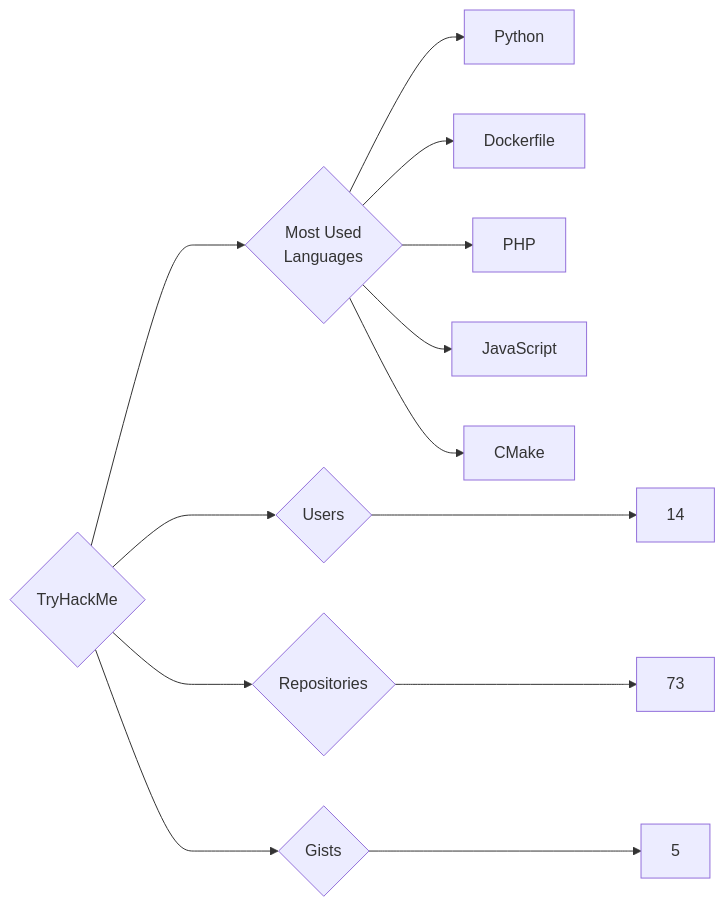
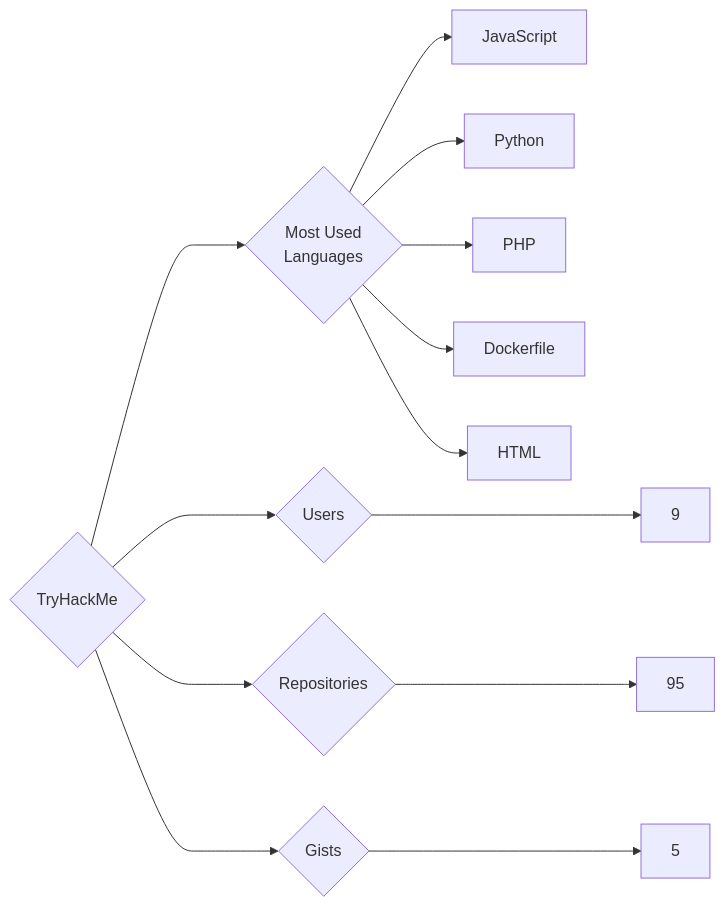
The diagram in targets/TryHackMe/README.md (trickest/insiders), drawn with Mermaid before and after one commit. The commit also changed 1508 other files, not shown here.

````diff
--- a/targets/TryHackMe/README.md
+++ b/targets/TryHackMe/README.md
@@ -3,13 +3,13 @@
 ```mermaid
 graph LR
 COMPANY_NAME{TryHackMe}
-COMPANY_NAME ---> U{Users} ---> UN[14]
-COMPANY_NAME ---> R{Repositories} ---> RN[73]
+COMPANY_NAME ---> U{Users} ---> UN[9]
+COMPANY_NAME ---> R{Repositories} ---> RN[95]
 COMPANY_NAME ---> G{Gists} ---> GN[5]
 COMPANY_NAME ---> ML{Most Used<br>Languages}
+ML --> JavaScript[JavaScript]
 ML --> Python[Python]
+ML --> PHP[PHP]
 ML --> Dockerfile[Dockerfile]
-ML --> PHP[PHP]
-ML --> JavaScript[JavaScript]
-ML --> CMake[CMake]
+ML --> HTML[HTML]
 ```
````
